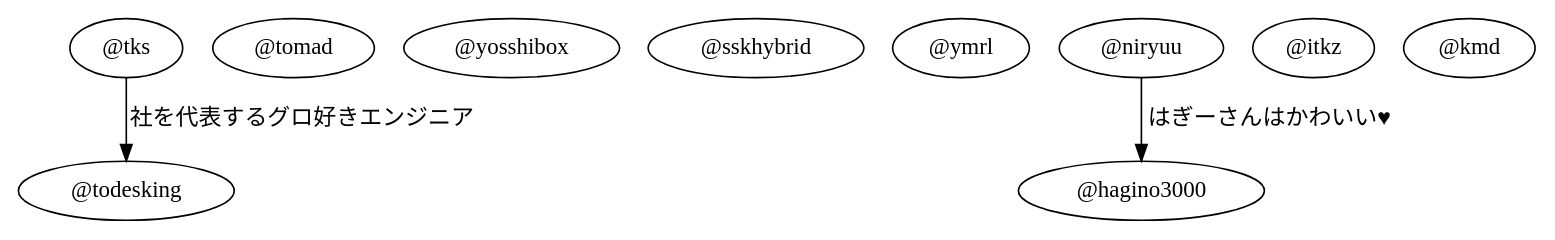
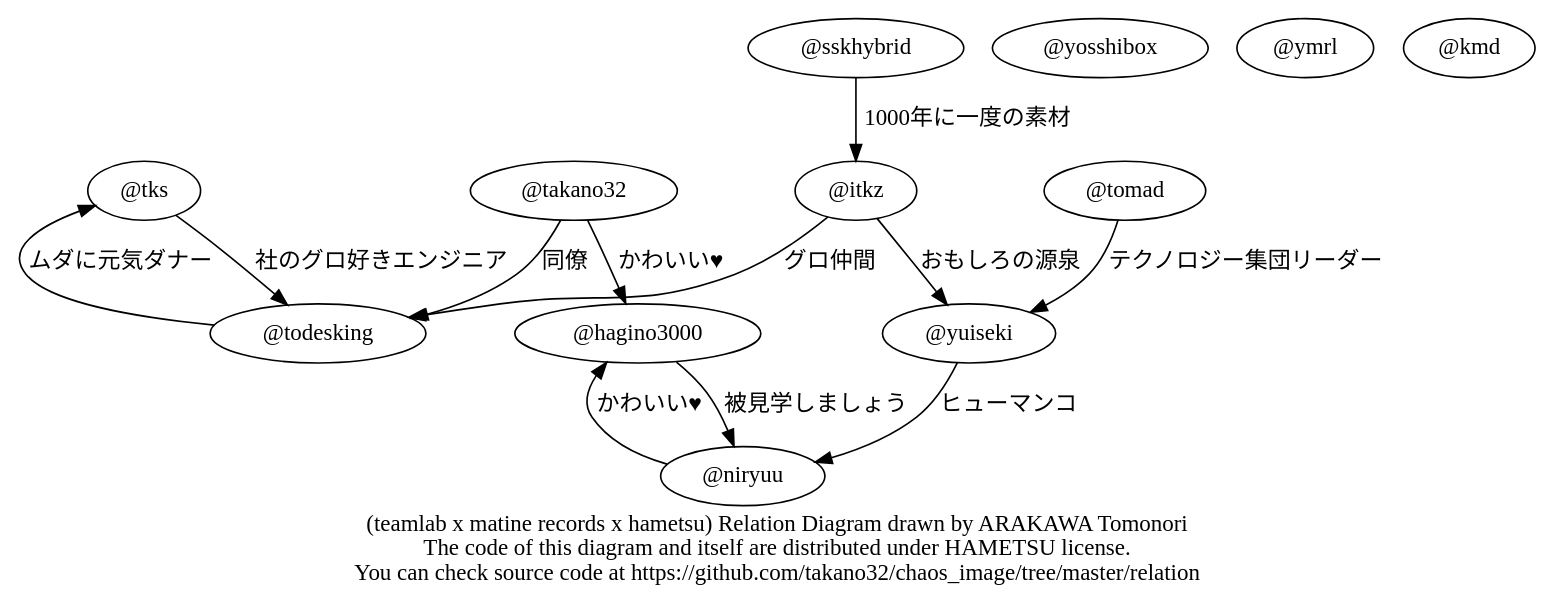
Before and after one commit to hametsu/chaos_image: the diagram in relation/hameatsudo.dot, drawn with Graphviz.

Commit message:
偏見

```diff
--- a/relation/hameatsudo.dot
+++ b/relation/hameatsudo.dot
@@ -1,11 +1,19 @@
 digraph Hameatsudo {
-  "@tks" -> "@todesking" [label = "社を代表するグロ好きエンジニア"];
-  "@tomad"
+  graph [concentrate = true];
+  overlap=orthoxy;
+  "@tks" -> "@todesking" [label = "社のグロ好きエンジニア"];
+  "@takano32" -> "@todesking" [label = "同僚"];
+  "@takano32" -> "@hagino3000" [label = "かわいい♥"];
+  "@todesking" -> "@tks" [label = "ムダに元気ダナー"];
+  "@tomad" -> "@yuiseki" [label = "テクノロジー集団リーダー"];
   "@yosshibox"
-  "@sskhybrid"
+  "@sskhybrid" -> "@itkz" [label = "1000年に一度の素材"];
   "@ymrl"
-  "@niryuu" -> "@hagino3000" [label = "はぎーさんはかわいい♥"];
-  "@itkz"
-  "@hagino3000"
+  "@niryuu" -> "@hagino3000" [label = "かわいい♥"];
+  "@itkz" -> "@todesking" [label = "グロ仲間"];
+  "@itkz" -> "@yuiseki" [label = "おもしろの源泉"];
+  "@yuiseki" -> "@niryuu" [label = "ヒューマンコ"];
+  "@hagino3000" -> "@niryuu" [label = "被見学しましょう"];
   "@kmd"
+  label = "(teamlab x matine records x hametsu) Relation Diagram drawn by ARAKAWA Tomonori\nThe code of this diagram and itself are distributed under HAMETSU license.\nYou can check source code at https://github.com/takano32/chaos_image/tree/master/relation";
 }
```
